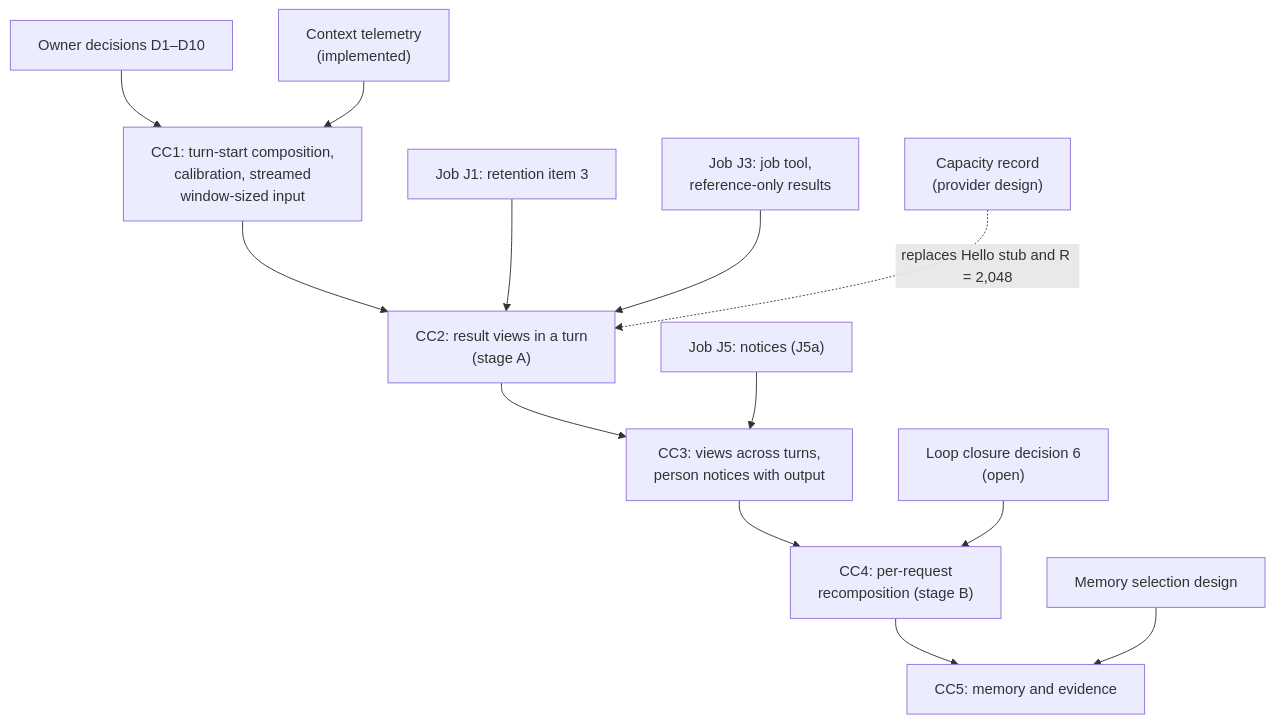
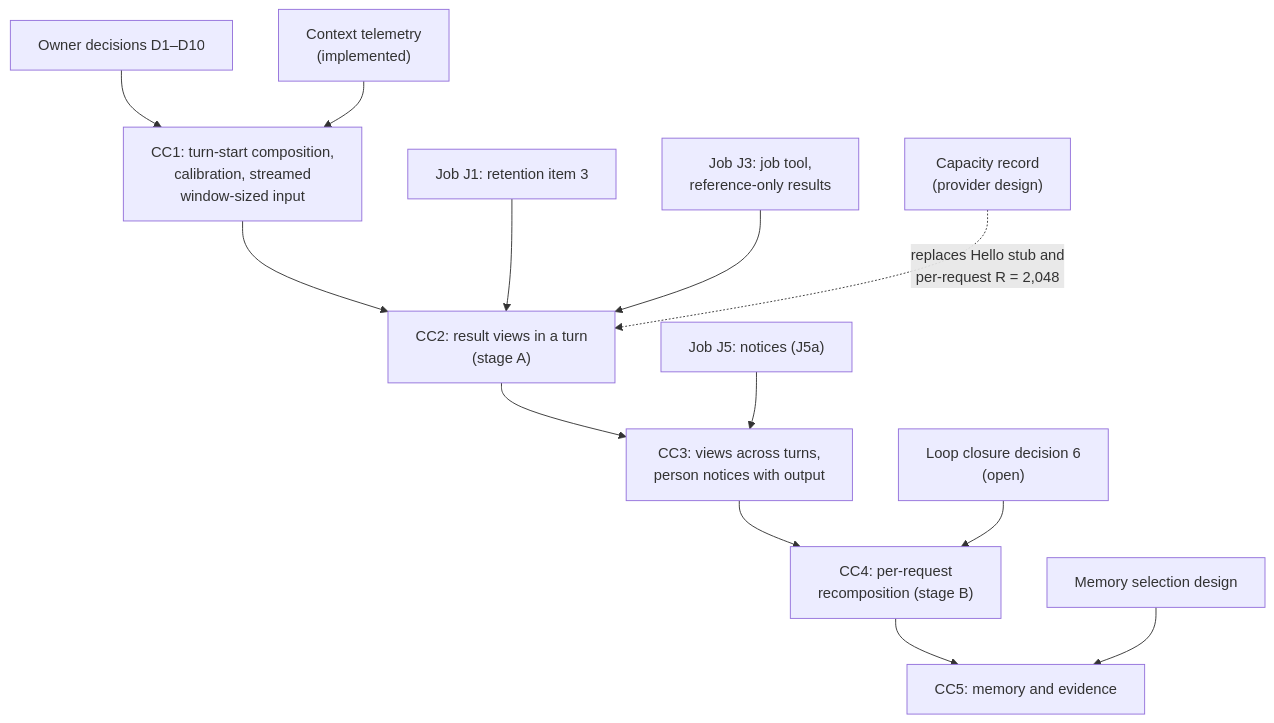
One commit to pidster/asura changed the seventh of 7 diagrams in docs/designs/context-composer.md. Above: the diagram before and after it, drawn with Mermaid. The commit also changed other lines of this file and 57 other files, not shown here.

````diff
--- a/docs/designs/context-composer.md
+++ b/docs/designs/context-composer.md
@@ -869,15 +872,15 @@
 ```mermaid
 flowchart TD
     Dec["Owner decisions D1–D10"] --> CC1["CC1: turn-start composition,<br/>calibration, streamed<br/>window-sized input"]
     Tel["Context telemetry<br/>(implemented)"] --> CC1
     CC1 --> CC2["CC2: result views in a turn<br/>(stage A)"]
     J1["Job J1: retention item 3"] --> CC2
     J3["Job J3: job tool,<br/>reference-only results"] --> CC2
     CC2 --> CC3["CC3: views across turns,<br/>person notices with output"]
     J5["Job J5: notices (J5a)"] --> CC3
     CC3 --> CC4["CC4: per-request<br/>recomposition (stage B)"]
     LC6["Loop closure decision 6<br/>(open)"] --> CC4
     CC4 --> CC5["CC5: memory and evidence"]
     Sel["Memory selection design"] --> CC5
-    CapRec["Capacity record<br/>(provider design)"] -.->|"replaces Hello stub and R = 2,048"| CC2
+    CapRec["Capacity record<br/>(provider design)"] -.->|"replaces Hello stub and<br/>per-request R = 2,048"| CC2
 ```
````
